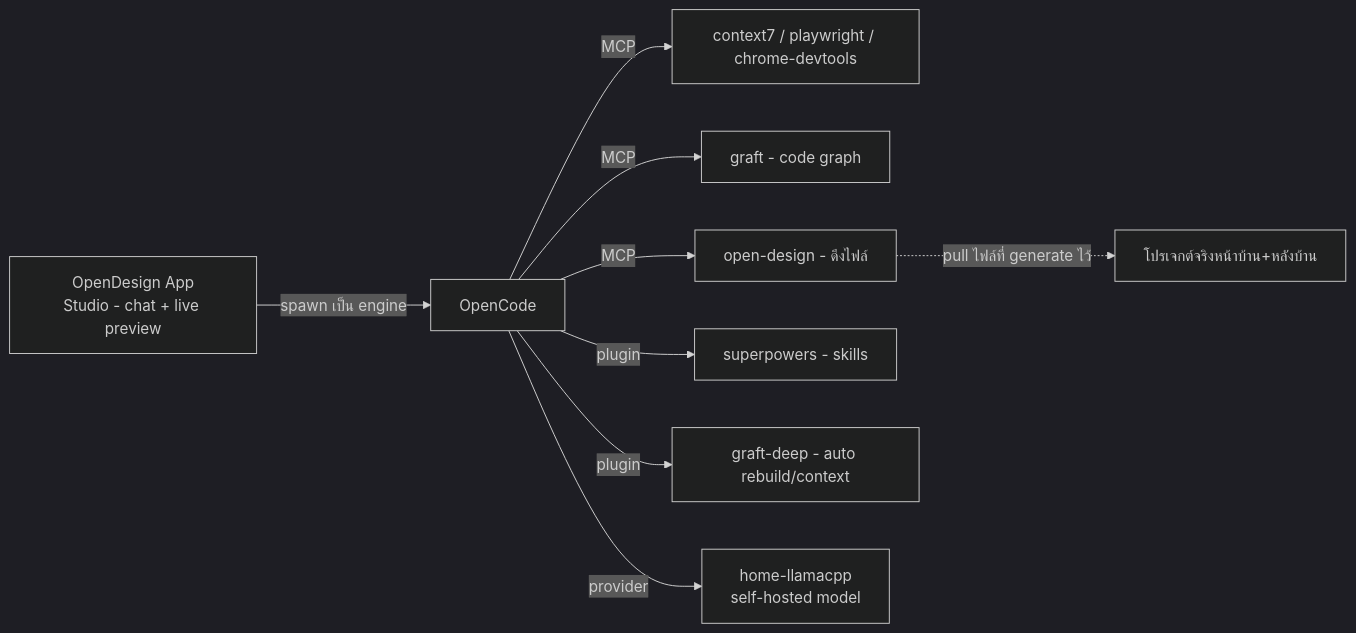
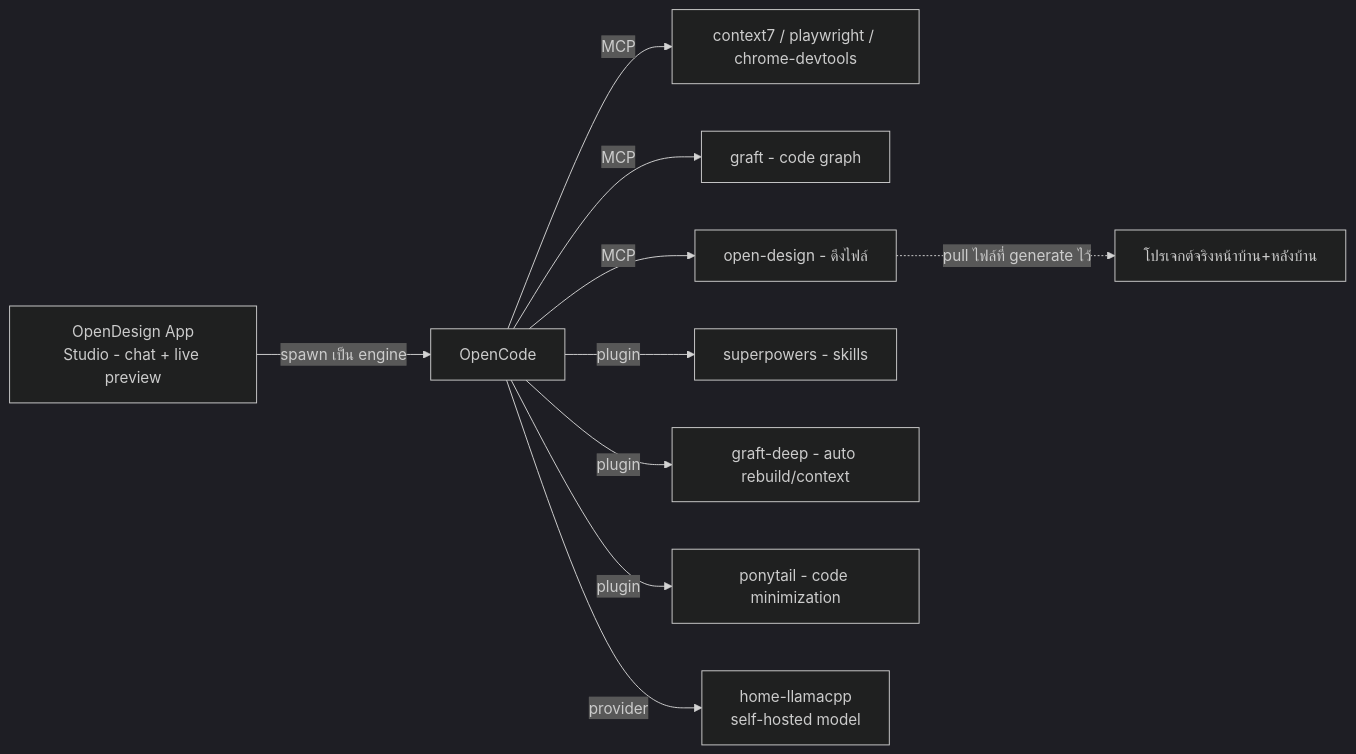
The first of 3 diagrams in USER-MANUAL.md (adcident12/my-manual-opencode), drawn with Mermaid (dark theme) before and after one commit. The commit also changed other lines of this file and 3 other files, not shown here.

First line of the commit message:
Reference ponytail plugin across setup, updating, usage docs and README

````diff
--- a/USER-MANUAL.md
+++ b/USER-MANUAL.md
@@ -27,11 +27,12 @@
 ```mermaid
 graph LR
     A[OpenDesign App<br/>Studio - chat + live preview] -->|spawn เป็น engine| B[OpenCode]
     B -->|MCP| C[context7 / playwright / chrome-devtools]
     B -->|MCP| D[graft - code graph]
     B -->|MCP| E[open-design - ดึงไฟล์]
     B -->|plugin| F[superpowers - skills]
     B -->|plugin| G[graft-deep - auto rebuild/context]
+    B -->|plugin| L[ponytail - code minimization]
     B -->|provider| H[home-llamacpp<br/>self-hosted model]
     E -.->|pull ไฟล์ที่ generate ไว้| I[โปรเจกต์จริงหน้าบ้าน+หลังบ้าน]
 ```
````
